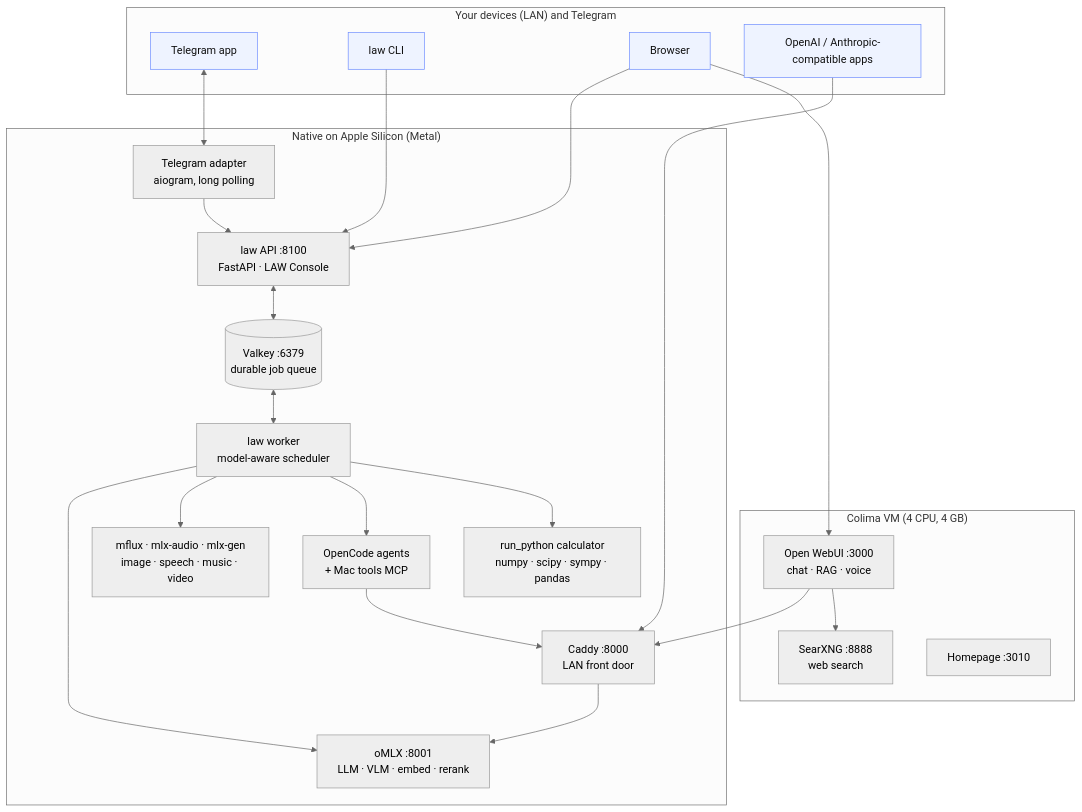
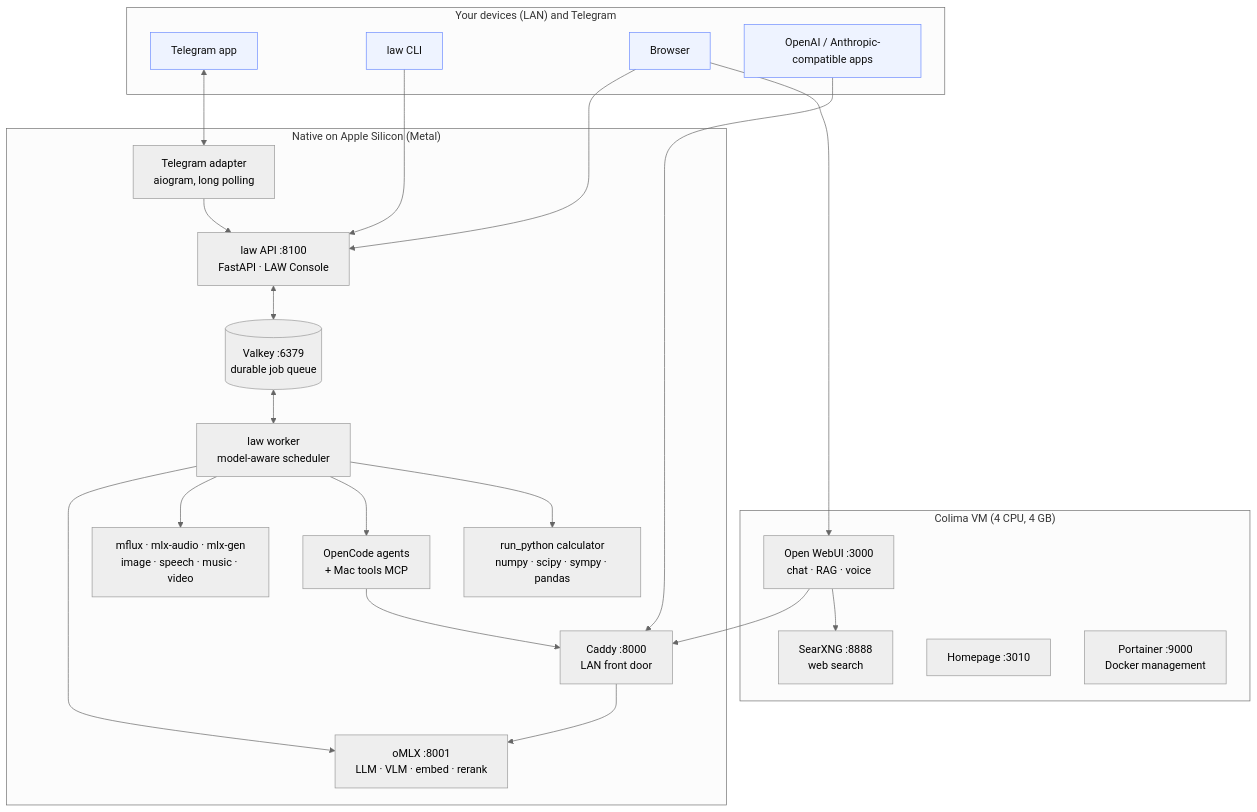
The first of 2 diagrams in README.md (mthaqifisa/local-ai-workstation), drawn with Mermaid (neutral theme) before and after one commit. The commit also changed other lines of this file and 10 other files, not shown here.

````diff
--- a/README.md
+++ b/README.md
@@ -24,42 +24,43 @@
 ```mermaid
 flowchart TB
   subgraph Clients["Your devices (LAN) and Telegram"]
     TG[Telegram app]:::c
     CLI[law CLI]:::c
     WEB[Browser]:::c
     APPS[OpenAI / Anthropic-compatible apps]:::c
   end
 
   subgraph Docker["Colima VM (4 CPU, 4 GB)"]
     OWUI[Open WebUI :3000<br/>chat · RAG · voice]
     SX[SearXNG :8888<br/>web search]
     HP[Homepage :3010]
+    PT[Portainer :9000<br/>Docker management]
   end
 
   subgraph Mac["Native on Apple Silicon (Metal)"]
     BOT[Telegram adapter<br/>aiogram, long polling]
     API[law API :8100<br/>FastAPI · LAW Console]
     Q[(Valkey :6379<br/>durable job queue)]
     W[law worker<br/>model-aware scheduler]
     CADDY[Caddy :8000<br/>LAN front door]
     OMLX[oMLX :8001<br/>LLM · VLM · embed · rerank]
     MEDIA[mflux · mlx-audio · mlx-gen<br/>image · speech · music · video]
     AGENTS[OpenCode agents<br/>+ Mac tools MCP]
     CALC[run_python calculator<br/>numpy · scipy · sympy · pandas]
   end
 
   TG <--> BOT --> API
   CLI --> API
   WEB --> API
   WEB --> OWUI
   APPS --> CADDY
   API <--> Q <--> W
   W --> OMLX
   W --> MEDIA
   W --> AGENTS
   W --> CALC
   AGENTS --> CADDY
   OWUI --> CADDY --> OMLX
   OWUI --> SX
   classDef c fill:#eef3ff,stroke:#6d8cff,color:#111
 ```
````
